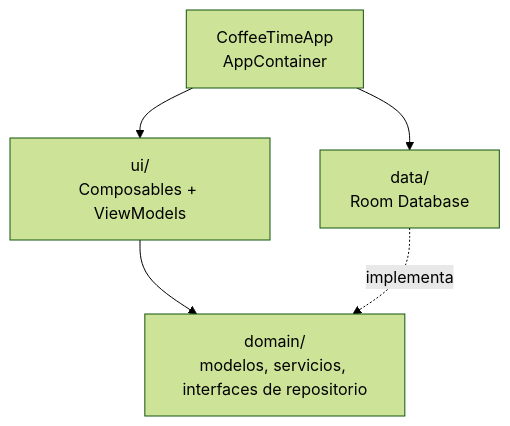
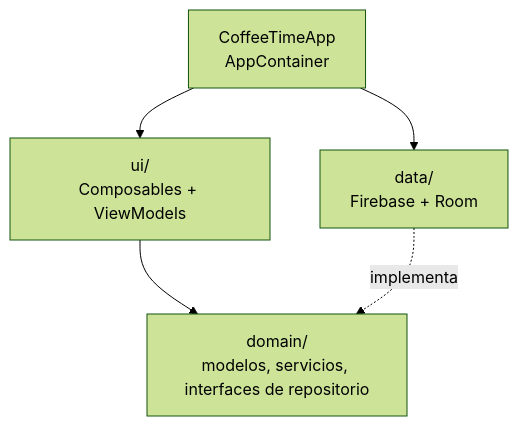
The diagram in README.md (CesarGonzalez2601/coffee-time), drawn with Mermaid (forest theme) before and after one commit. The commit also changed other lines of this file, not shown here.

First line of the commit message:
docs(readme): cuentas de prueba de Firebase y registro de SHA-1

````diff
--- a/README.md
+++ b/README.md
@@ -79,7 +89,7 @@
 ```mermaid
 flowchart TD
     UI["ui/<br/>Composables + ViewModels"] --> Domain["domain/<br/>modelos, servicios, interfaces de repositorio"]
-    Data["data/<br/>Room Database"] -. implementa .-> Domain
+    Data["data/<br/>Firebase + Room"] -. implementa .-> Domain
     App["CoffeeTimeApp<br/>AppContainer"] --> UI
     App --> Data
 ```
````
